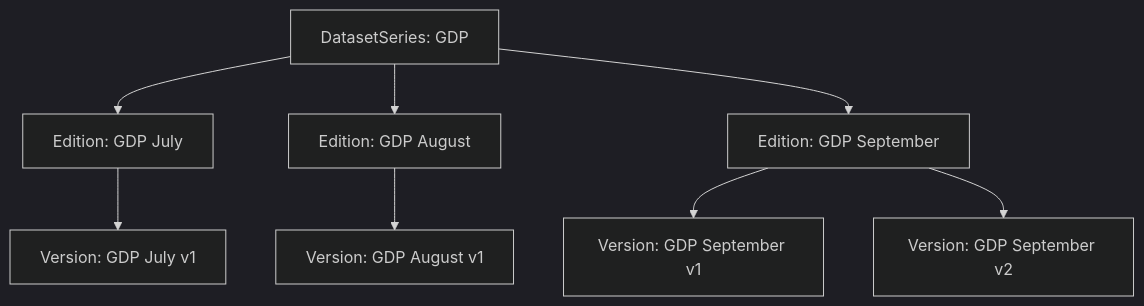
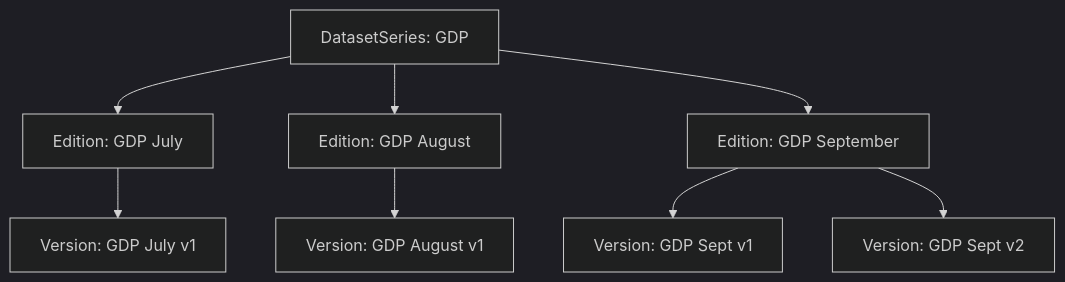
The diagram in blog/my-ideal-data-api/index.qmd (rossbowen/rossbowen.github.io), drawn with Mermaid (dark theme) before and after one commit. The commit also changed 45 other files, not shown here.

````diff
--- a/blog/my-ideal-data-api/index.qmd
+++ b/blog/my-ideal-data-api/index.qmd
@@ -175,10 +175,10 @@
 ```{mermaid}
 graph TD
     A[DatasetSeries: GDP] --> B[Edition: GDP July]
     B --> G[Version: GDP July v1]
     A --> C[Edition: GDP August]
     C --> H[Version: GDP August v1]
     A --> D[Edition: GDP September]
-    D --> E[Version: GDP September v1]
-    D --> F[Version: GDP September v2]
+    D --> E[Version: GDP Sept v1]
+    D --> F[Version: GDP Sept v2]
 ```
````
